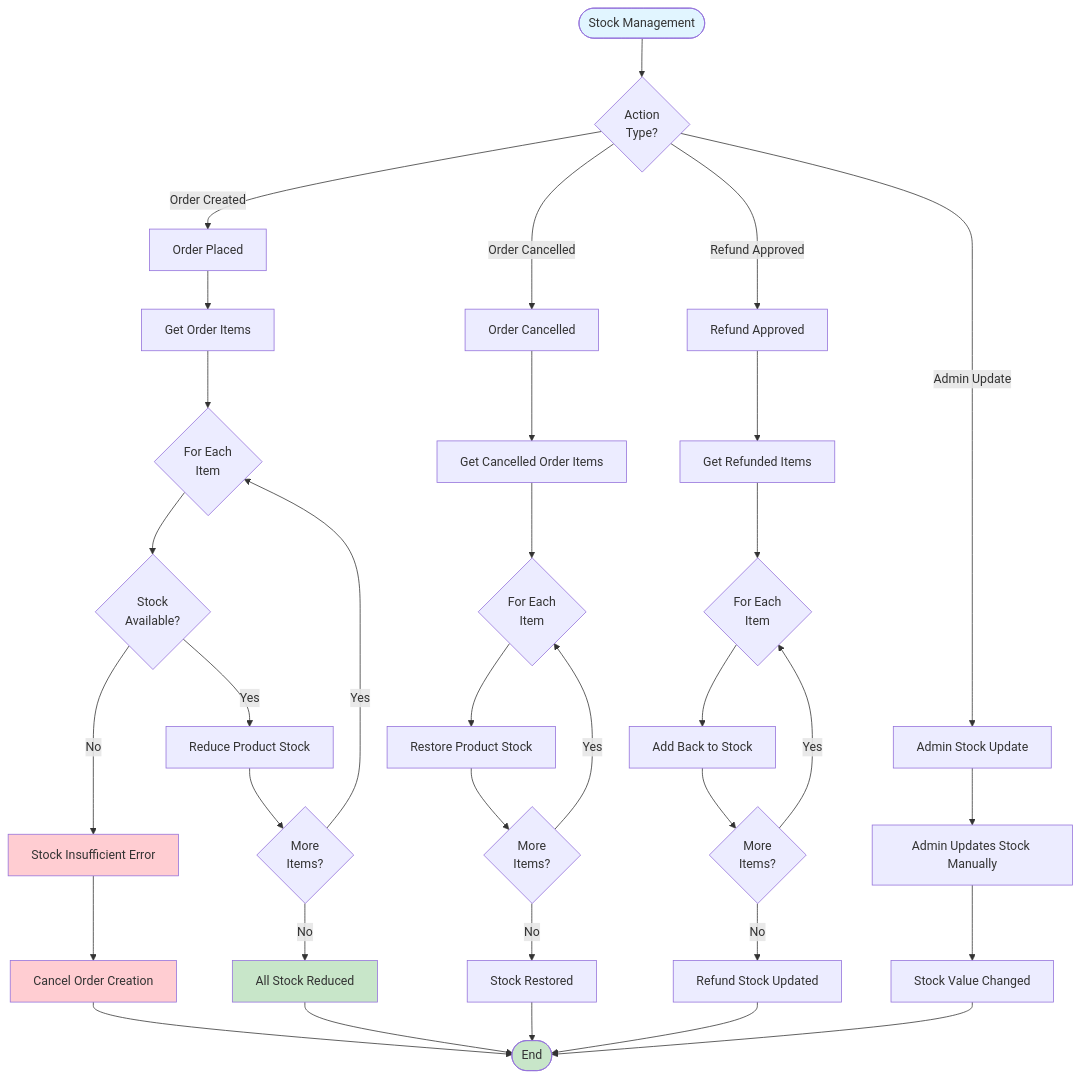
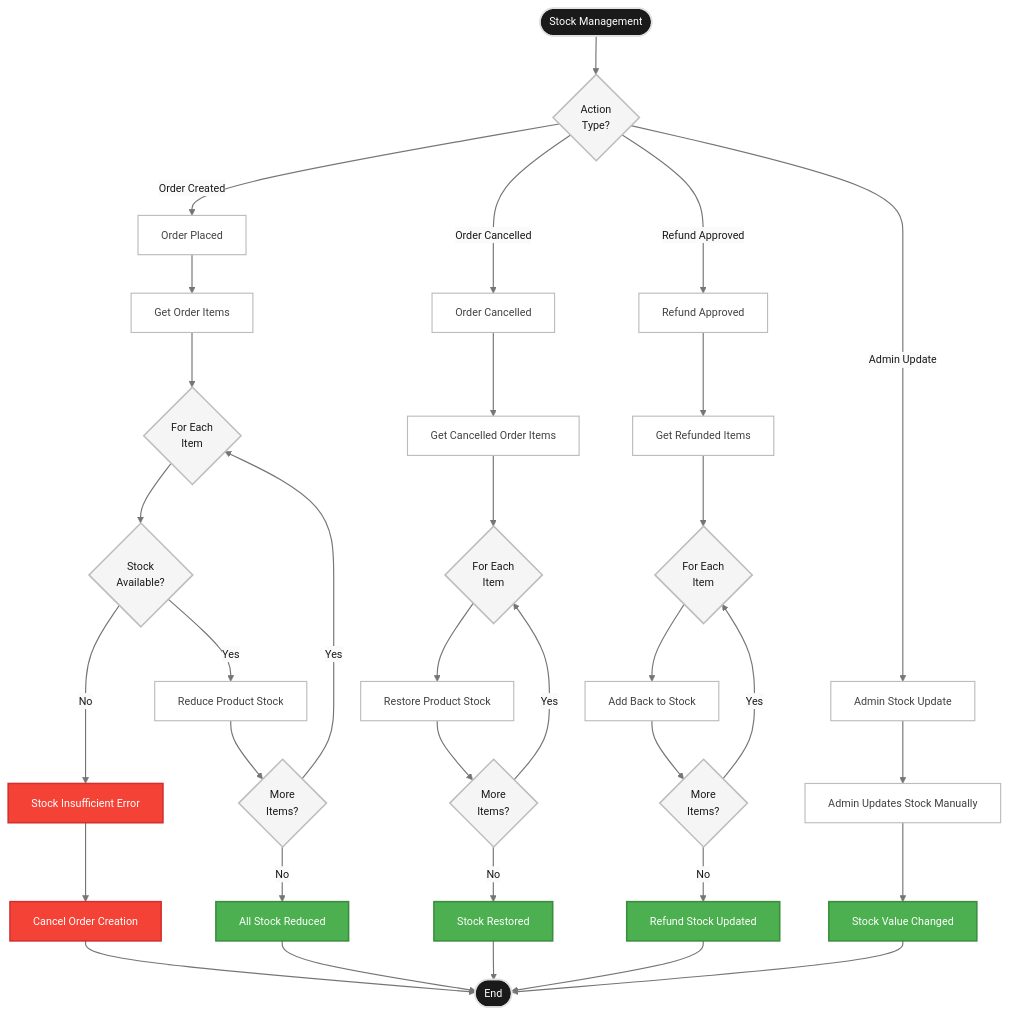
One commit to alfrzdv/teoriwarna changed the sixth of 6 diagrams in FLOWCHARTS.md. Above: the diagram before and after it, drawn with Mermaid. The commit also changed other lines of this file and 2 other files, not shown here.

Commit message:
add flowchart gabungan

````diff
--- a/FLOWCHARTS.md
+++ b/FLOWCHARTS.md
@@ -362,51 +413,61 @@
 ```mermaid
+%%{init: {'theme':'base', 'themeVariables': { 'primaryColor':'#ffffff','primaryTextColor':'#1a1a1a','primaryBorderColor':'#e0e0e0','lineColor':'#757575','secondaryColor':'#fafafa','tertiaryColor':'#f5f5f5','background':'#ffffff','fontSize':'14px','fontFamily':'Georgia, serif'}}}%%
+
 flowchart TD
     Start([Stock Management]) --> Action{Action<br/>Type?}
 
     Action -->|Order Created| OrderPlaced[Order Placed]
     Action -->|Order Cancelled| OrderCancelled[Order Cancelled]
     Action -->|Refund Approved| RefundApproved[Refund Approved]
     Action -->|Admin Update| AdminUpdate[Admin Stock Update]
 
     OrderPlaced --> GetOrderItems[Get Order Items]
     GetOrderItems --> LoopItems{For Each<br/>Item}
 
     LoopItems --> CheckStock{Stock<br/>Available?}
     CheckStock -->|No| InsufficientStock[Stock Insufficient Error]
     CheckStock -->|Yes| ReduceStock[Reduce Product Stock]
 
     ReduceStock --> NextItem{More<br/>Items?}
     NextItem -->|Yes| LoopItems
     NextItem -->|No| StockUpdated[All Stock Reduced]
 
     InsufficientStock --> RollbackOrder[Cancel Order Creation]
 
     OrderCancelled --> GetCancelledItems[Get Cancelled Order Items]
     GetCancelledItems --> RestoreLoop{For Each<br/>Item}
     RestoreLoop --> RestoreStock[Restore Product Stock]
     RestoreStock --> NextRestore{More<br/>Items?}
     NextRestore -->|Yes| RestoreLoop
     NextRestore -->|No| StockRestored[Stock Restored]
 
     RefundApproved --> GetRefundItems[Get Refunded Items]
     GetRefundItems --> RefundLoop{For Each<br/>Item}
     RefundLoop --> AddStock[Add Back to Stock]
     AddStock --> NextRefund{More<br/>Items?}
     NextRefund -->|Yes| RefundLoop
     NextRefund -->|No| RefundStockUpdated[Refund Stock Updated]
 
     AdminUpdate --> ManualUpdate[Admin Updates Stock Manually]
     ManualUpdate --> StockChanged[Stock Value Changed]
 
     StockUpdated --> End([End])
     StockRestored --> End
     RefundStockUpdated --> End
     StockChanged --> End
     RollbackOrder --> End
 
-    style Start fill:#e1f5ff
-    style End fill:#c8e6c9
-    style StockUpdated fill:#c8e6c9
-    style InsufficientStock fill:#ffcdd2
-    style RollbackOrder fill:#ffcdd2
+    classDef startEnd fill:#1a1a1a,stroke:#e0e0e0,stroke-width:2px,color:#ffffff
+    classDef success fill:#4caf50,stroke:#388e3c,stroke-width:2px,color:#ffffff
+    classDef error fill:#f44336,stroke:#d32f2f,stroke-width:2px,color:#ffffff
+    classDef process fill:#ffffff,stroke:#bdbdbd,stroke-width:1.5px,color:#424242
+    classDef decision fill:#f5f5f5,stroke:#bdbdbd,stroke-width:2px,color:#1a1a1a
+    
+    class Start,End startEnd
+    class StockUpdated,StockRestored,RefundStockUpdated,StockChanged success
+    class InsufficientStock,RollbackOrder error
+    class OrderPlaced,OrderCancelled,RefundApproved,AdminUpdate,GetOrderItems,ReduceStock,GetCancelledItems,RestoreStock,GetRefundItems,AddStock,ManualUpdate process
+    class Action,LoopItems,CheckStock,NextItem,RestoreLoop,NextRestore,RefundLoop,NextRefund decision
+    
+    linkStyle default stroke:#757575,stroke-width:1.5px
 ```
````
